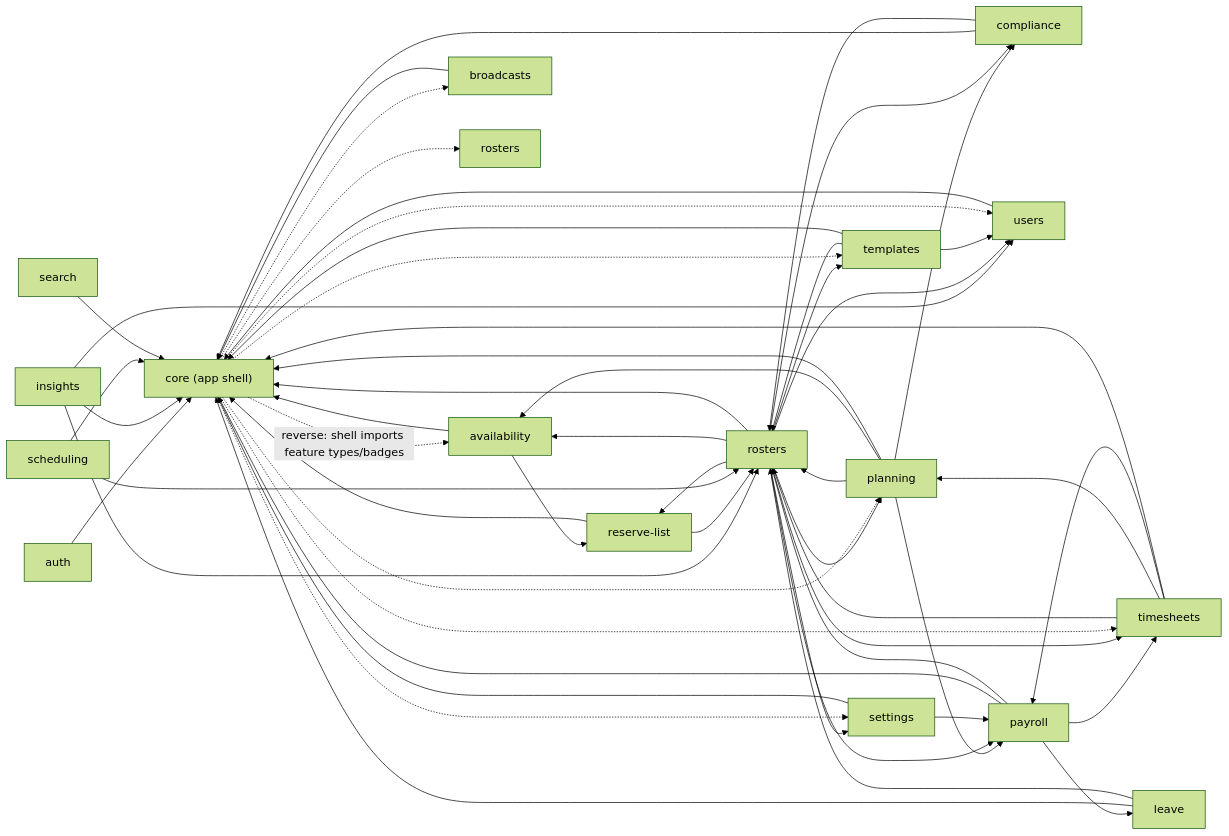
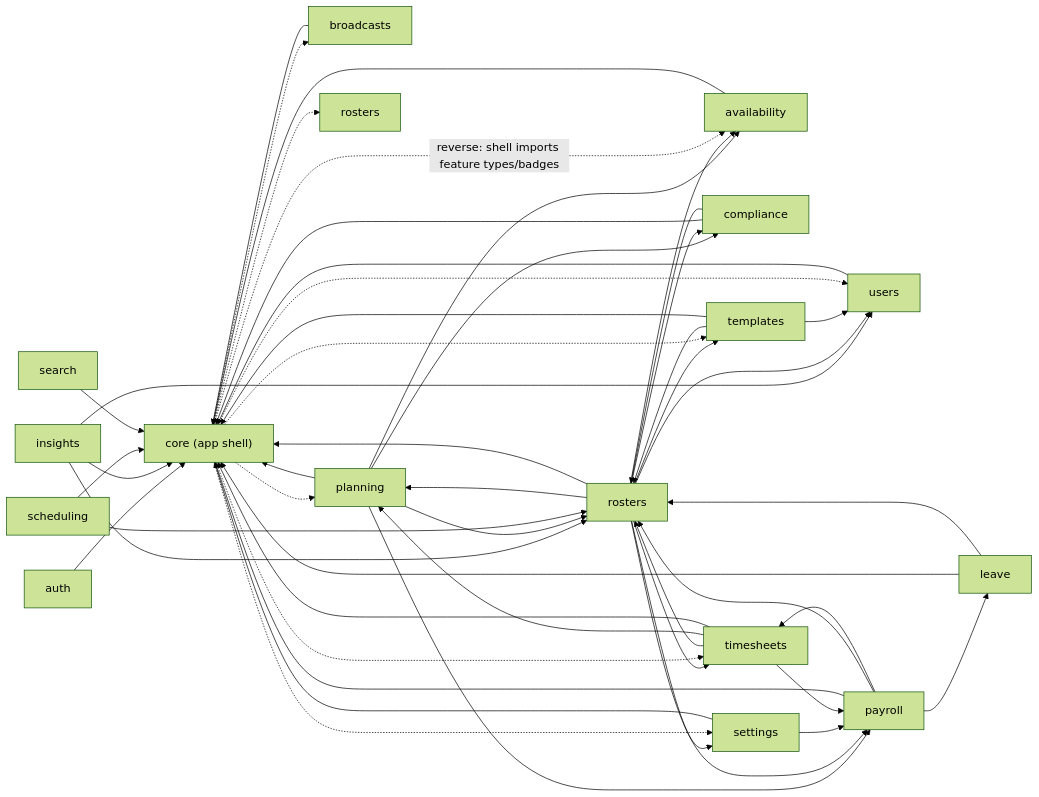
One commit to VinayakKuanr-UNSW/Shiftopia changed the second of 10 diagrams in docs/rulebook/02-architecture.md. Above: the diagram before and after it, drawn with Mermaid (forest theme). The commit also changed other lines of this file and 6 other files, not shown here.

````diff
--- a/docs/rulebook/02-architecture.md
+++ b/docs/rulebook/02-architecture.md
@@ -53,57 +53,53 @@
 ```mermaid
 graph LR
     core["core (app shell)"]
     auth --> core
     availability --> core
-    availability --> reserve_list["reserve-list"]
     broadcasts --> core
     compliance --> core
     compliance --> rosters
     insights --> core
     insights --> rosters
     insights --> users
     leave --> core
     leave --> rosters
     payroll --> core
     payroll --> rosters
     payroll --> timesheets
     payroll --> leave
     planning --> rosters
     planning --> compliance
     planning --> availability
     planning --> payroll
     planning --> core
-    reserve_list --> rosters
-    reserve_list --> core
     rosters --> planning
-    rosters --> reserve_list
     rosters --> templates
     rosters --> timesheets
     rosters --> users
     rosters --> settings
     rosters --> availability
     rosters --> compliance
     rosters --> payroll
     rosters --> core
     scheduling --> rosters
     scheduling --> core
     search --> core
     settings --> payroll
     settings --> core
     templates --> rosters
     templates --> users
     templates --> core
     timesheets --> rosters
     timesheets --> planning
     timesheets --> payroll
     timesheets --> core
     users --> core
     core -.->|"reverse: shell imports feature types/badges"| availability
     core -.-> broadcasts
     core -.-> planning
     core -.-> rosters2["rosters"]
     core -.-> settings
     core -.-> templates
     core -.-> timesheets
     core -.-> users
 ```
````
